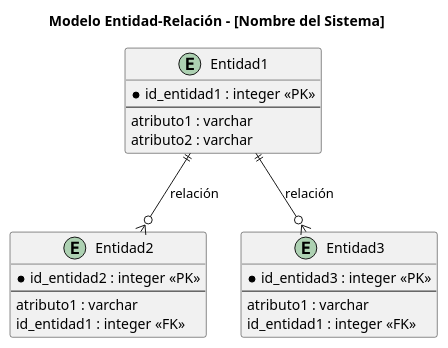
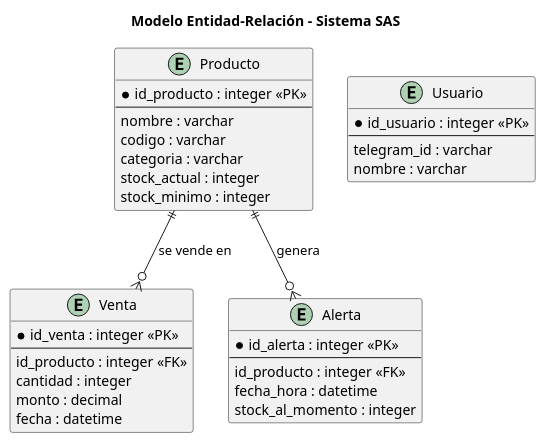
One commit to JOAC07/Grupo7 changed the diagram in diagramas/er.puml. Above: the diagram before and after it, drawn with PlantUML. The commit also changed 1 other file, not shown here.

Commit message:
Actualizo diagrama ER y documentacion

```diff
--- a/diagramas/er.puml
+++ b/diagramas/er.puml
@@ -1,31 +1,43 @@
 @startuml
-title Modelo Entidad-Relación - [Nombre del Sistema]
+title Modelo Entidad-Relación - Sistema SAS
 
 ' --- Entidades ---
-entity Entidad1 {
-  * id_entidad1 : integer <<PK>>
+entity Producto {
+  * id_producto : integer <<PK>>
   --
-  atributo1 : varchar
-  atributo2 : varchar
+  nombre : varchar
+  codigo : varchar
+  categoria : varchar
+  stock_actual : integer
+  stock_minimo : integer
 }
 
-entity Entidad2 {
-  * id_entidad2 : integer <<PK>>
+entity Venta {
+  * id_venta : integer <<PK>>
   --
-  atributo1 : varchar
-  id_entidad1 : integer <<FK>>
+  id_producto : integer <<FK>>
+  cantidad : integer
+  monto : decimal
+  fecha : datetime
 }
 
-entity Entidad3 {
-  * id_entidad3 : integer <<PK>>
+entity Alerta {
+  * id_alerta : integer <<PK>>
   --
-  atributo1 : varchar
-  id_entidad1 : integer <<FK>>
+  id_producto : integer <<FK>>
+  fecha_hora : datetime
+  stock_al_momento : integer
+}
+
+entity Usuario {
+  * id_usuario : integer <<PK>>
+  --
+  telegram_id : varchar
+  nombre : varchar
 }
 
 ' --- Relaciones ---
-' Sintaxis: EntidadA [cardinalidad] -- [cardinalidad] EntidadB : "etiqueta"
-Entidad1 ||--o{ Entidad2 : "relación"
-Entidad1 ||--o{ Entidad3 : "relación"
+Producto ||--o{ Venta : "se vende en"
+Producto ||--o{ Alerta : "genera"
 
 @enduml
```
